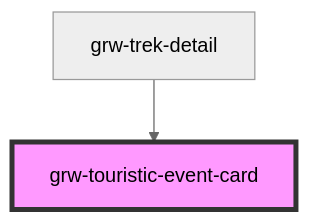
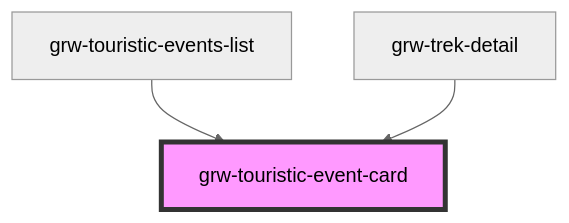
Before and after one commit to GeotrekCE/Geotrek-rando-widget: the diagram in src/components/grw-touristic-event/readme.md, drawn with Mermaid (neutral theme). The commit also changed other lines of this file and 22 other files, not shown here.

Commit message:
add touristic events list

````diff
--- a/src/components/grw-touristic-event/readme.md
+++ b/src/components/grw-touristic-event/readme.md
@@ -27,5 +32,6 @@
 ```mermaid
 graph TD;
+  grw-touristic-events-list --> grw-touristic-event-card
   grw-trek-detail --> grw-touristic-event-card
   style grw-touristic-event-card fill:#f9f,stroke:#333,stroke-width:4px
 ```
````
